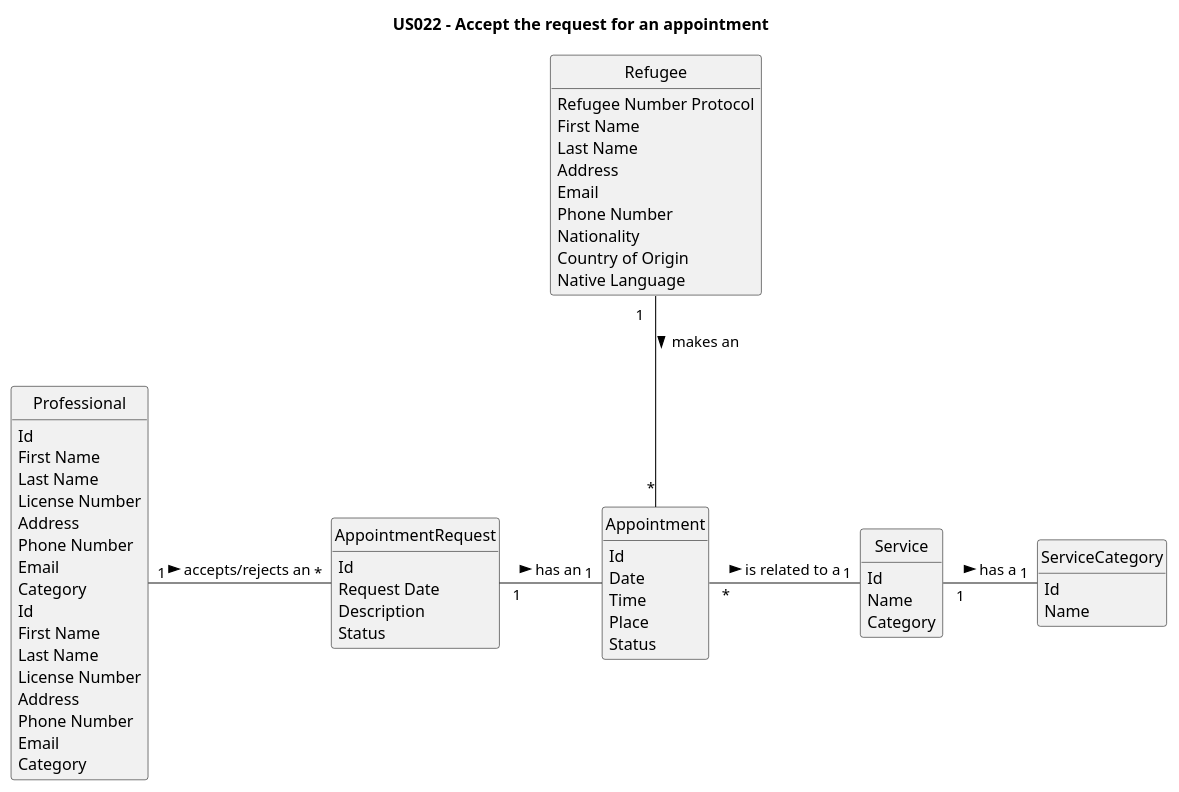
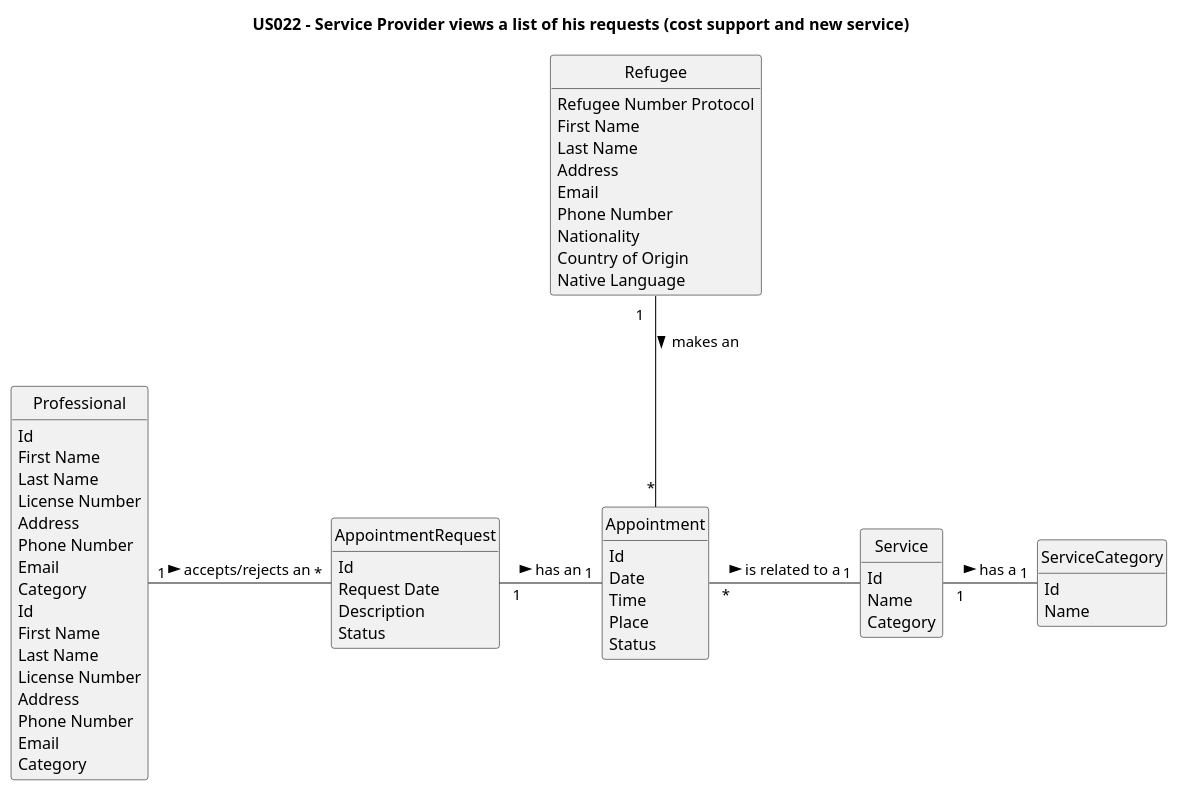
Before and after one commit to Chirano/GladlyGiven: the diagram in javaSprint2GladlyGiven/Docs/UseCases/uc022/analysis/us022-DM.puml, drawn with PlantUML. The commit also changed 106 other files, not shown here.

```diff
--- a/javaSprint2GladlyGiven/Docs/UseCases/uc022/analysis/us022-DM.puml
+++ b/javaSprint2GladlyGiven/Docs/UseCases/uc022/analysis/us022-DM.puml
@@ -1,79 +1,79 @@
 @startuml
 skinparam monochrome true
 skinparam packageStyle rectangle
 skinparam shadowing false
 
 skinparam classAttributeIconSize 0
 
 hide circle
 hide methods
 
-title US022 - Accept the request for an appointment
+title US022 - Service Provider views a list of his requests (cost support and new service)
 
 class Professional {
     Id
     First Name
     Last Name
     License Number
     Address
     Phone Number
     Email
     Category
 }
 
 class Appointment {
     Id
     Date
     Time
     Place
     Status
 }
 
 class AppointmentRequest {
     Id
     Request Date
     Description
     Status
 }
 
 class Service {
     Id
     Name
     Category
 }
 
 class ServiceCategory {
     Id
     Name
 }
 
 class Professional {
     Id
     First Name
     Last Name
     License Number
     Address
     Phone Number
     Email
     Category
 }
 
 class Refugee {
     Refugee Number Protocol
     First Name
     Last Name
     Address
     Email
     Phone Number
     Nationality
     Country of Origin
     Native Language
 }
 
 Refugee "1   " -- "   *" Appointment : makes an >
 AppointmentRequest " 1   " - "   1" Appointment : has an >
 Appointment " *   " - "   1" Service : is related to a >
 Service " 1   " - "   1" ServiceCategory : has a >
 Professional "1   " - "   *" AppointmentRequest : accepts/rejects an >
 
 @enduml
```
